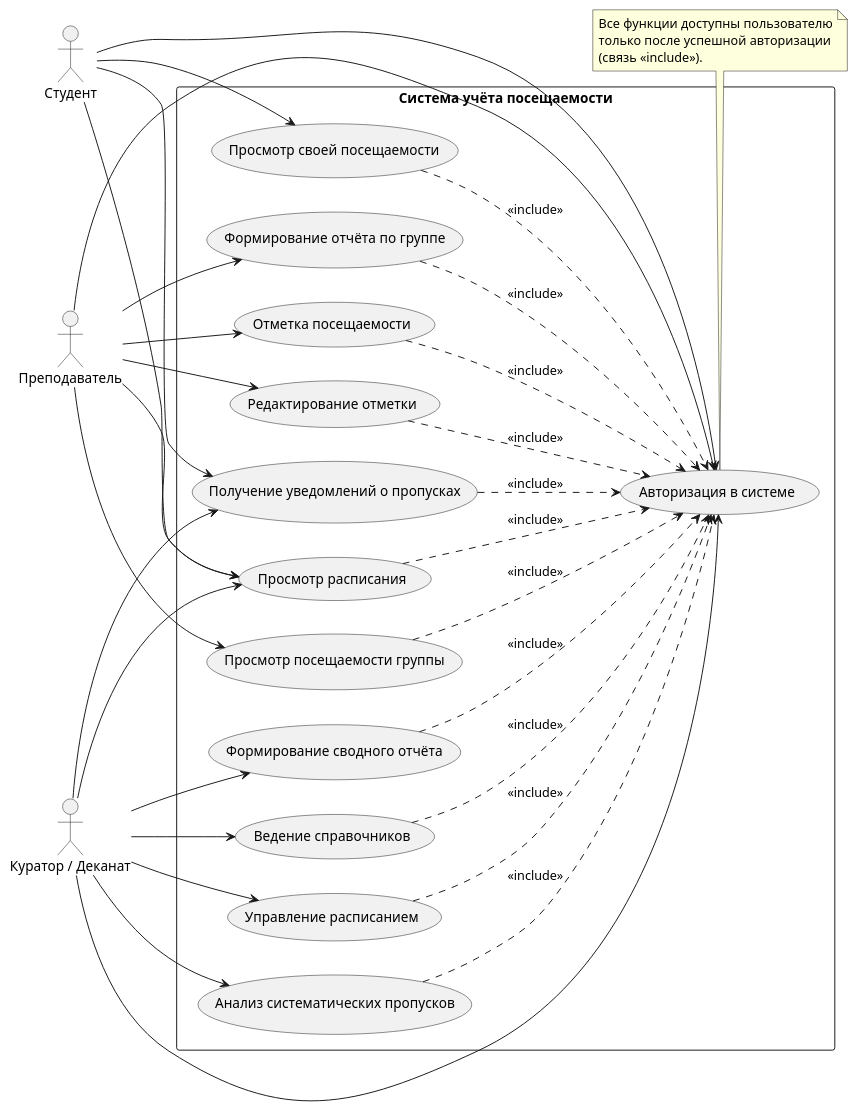
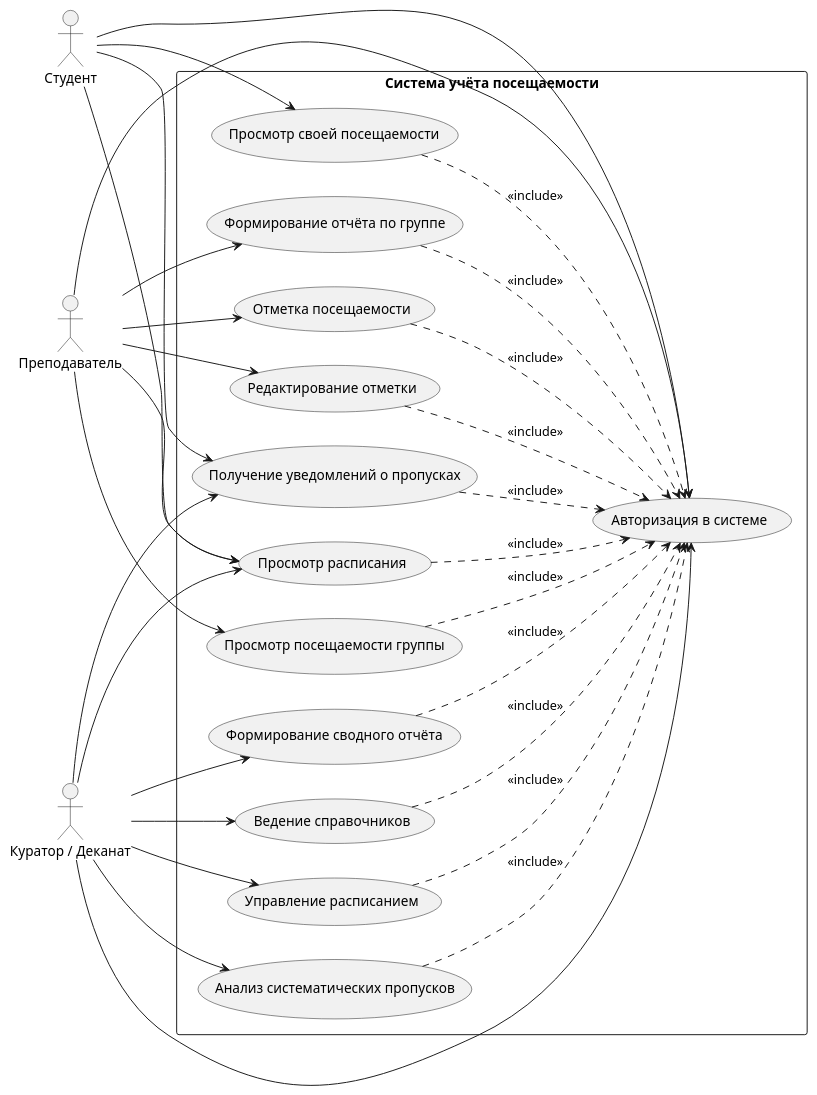
One commit to elitwice18-svg/PythonApplication1 changed the diagram in docs/use_case.puml. Above: the diagram before and after it, drawn with PlantUML.

```diff
--- a/docs/use_case.puml
+++ b/docs/use_case.puml
@@ -1,90 +1,63 @@
 @startuml AttendanceSystem Use Case
 left to right direction
 skinparam packageStyle rectangle
-
 actor "Студент" as Student
 actor "Преподаватель" as Teacher
 actor "Куратор / Деканат" as Admin
 
 rectangle "Система учёта посещаемости" {
 
-    ' ===== ОБЩИЕ =====
     usecase "Авторизация в системе" as UC_Login
     usecase "Просмотр расписания" as UC_Schedule
 
-    ' ===== ФУНКЦИИ СТУДЕНТА =====
     usecase "Просмотр своей посещаемости" as UC_ViewOwn
     usecase "Получение уведомлений о пропусках" as UC_Notify
 
-    ' ===== ФУНКЦИИ ПРЕПОДАВАТЕЛЯ =====
     usecase "Отметка посещаемости" as UC_Mark
     usecase "Редактирование отметки" as UC_Edit
     usecase "Просмотр посещаемости группы" as UC_ViewGroup
     usecase "Формирование отчёта по группе" as UC_Report
 
-    ' ===== ФУНКЦИИ КУРАТОРА / ДЕКАНАТА =====
     usecase "Ведение справочников" as UC_Dict
     usecase "Управление расписанием" as UC_ManageSchedule
     usecase "Анализ систематических пропусков" as UC_Analysis
     usecase "Формирование сводного отчёта" as UC_ReportAdmin
 }
 
-' ==================================================
-' СВЯЗИ АКТЁРОВ С ИХ ФУНКЦИЯМИ
-' ==================================================
-
-' --- Студент ---
 Student --> UC_ViewOwn
 Student --> UC_Notify
 
-' --- Преподаватель ---
 Teacher --> UC_Mark
 Teacher --> UC_Edit
 Teacher --> UC_ViewGroup
 Teacher --> UC_Report
 
-' --- Куратор / Деканат ---
 Admin --> UC_Dict
 Admin --> UC_ManageSchedule
 Admin --> UC_Analysis
 Admin --> UC_ReportAdmin
 Admin --> UC_Notify
 
-' ==================================================
-' ОБЩИЕ ФУНКЦИИ (доступны всем)
-' ==================================================
 
 Student --> UC_Login
 Teacher --> UC_Login
 Admin --> UC_Login
 
 Student --> UC_Schedule
 Teacher --> UC_Schedule
 Admin --> UC_Schedule
-
-' ==================================================
-' INCLUDE-СВЯЗИ: ВСЁ ТРЕБУЕТ АВТОРИЗАЦИИ
-' ==================================================
 
 UC_Schedule      ..> UC_Login : <<include>>
 UC_ViewOwn       ..> UC_Login : <<include>>
 UC_Notify        ..> UC_Login : <<include>>
 UC_Mark          ..> UC_Login : <<include>>
 UC_Edit          ..> UC_Login : <<include>>
 UC_ViewGroup     ..> UC_Login : <<include>>
 UC_Report        ..> UC_Login : <<include>>
 UC_Dict          ..> UC_Login : <<include>>
 UC_ManageSchedule ..> UC_Login : <<include>>
 UC_Analysis      ..> UC_Login : <<include>>
 UC_ReportAdmin   ..> UC_Login : <<include>>
 
-' ==================================================
-' ПРИМЕЧАНИЕ
-' ==================================================
-note bottom of UC_Login
-  Все функции доступны пользователю
-  только после успешной авторизации
-  (связь <<include>>).
-end note
 
 @enduml
```
